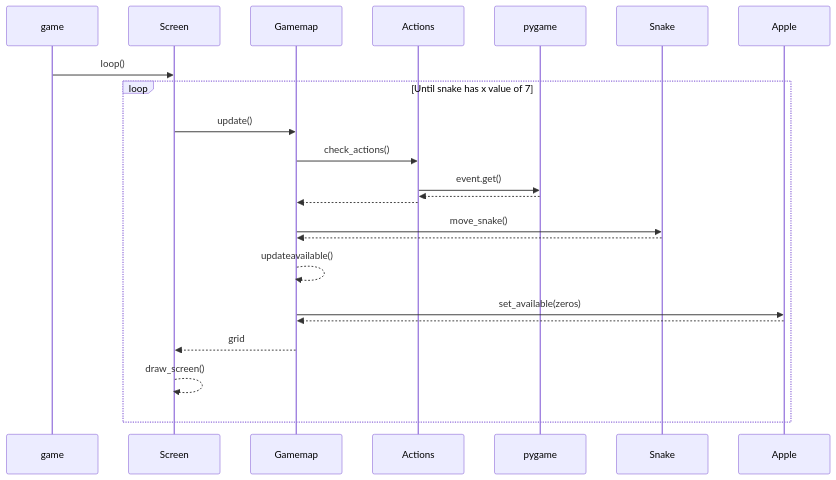
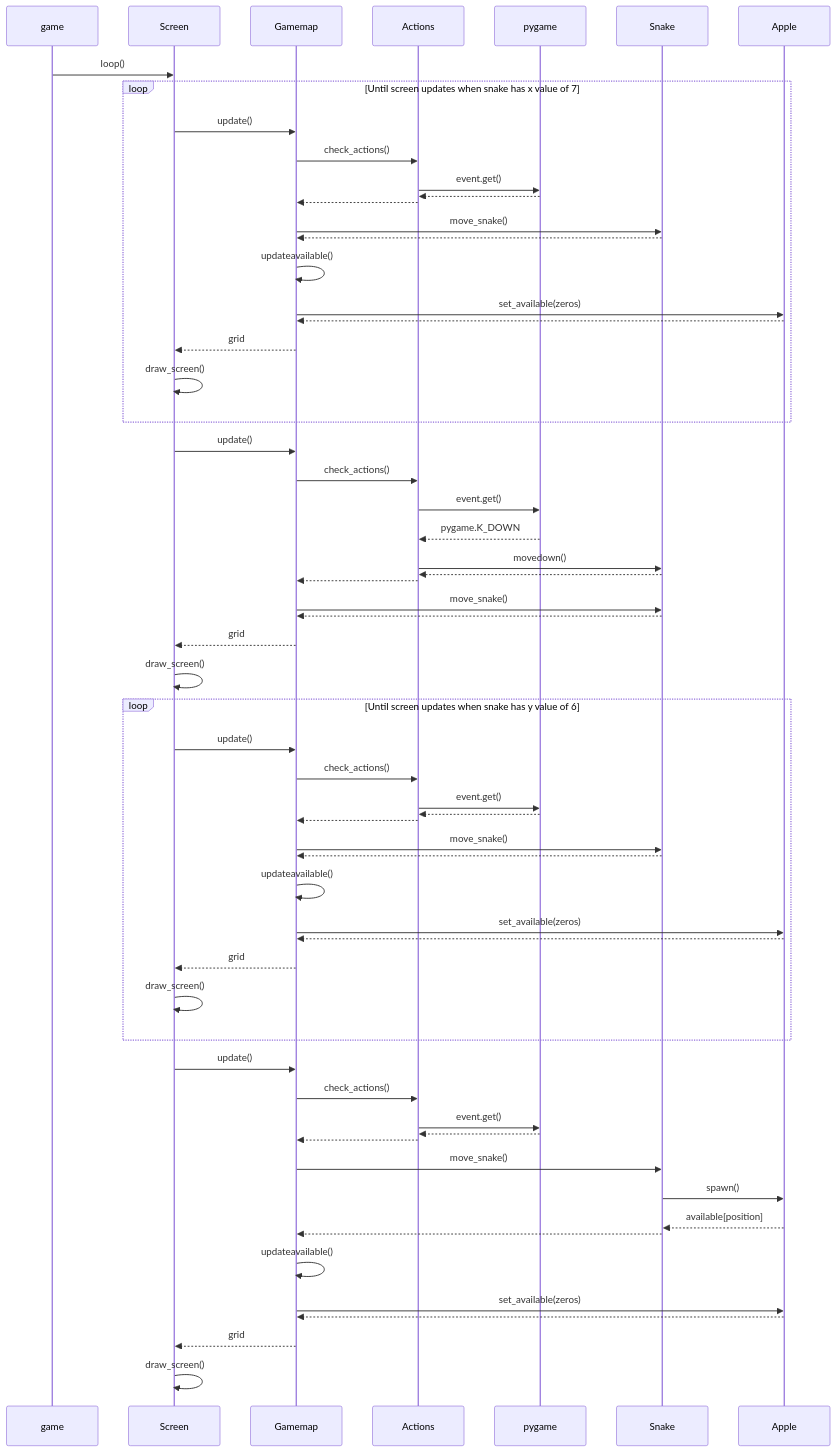
One commit to ThomasGrundstrom/ot-harjoitustyo changed the second of 2 diagrams in dokumentaatio/arkkitehtuuri.md. Above: the diagram before and after it, drawn with Mermaid.

Commit message:
sequence diagram added to arkkitehtuuri.md

````diff
--- a/dokumentaatio/arkkitehtuuri.md
+++ b/dokumentaatio/arkkitehtuuri.md
@@ -55,26 +55,65 @@
 ```mermaid
  sequenceDiagram
 	participant game
 	participant Screen
 	participant Gamemap
 	participant Actions
 	participant pygame
 	participant Snake
 	participant Apple
 	game->>Screen: loop()
-	loop Until snake has x value of 7
+	loop Until screen updates when snake has x value of 7
 	Screen->>Gamemap: update()
 	Gamemap->>Actions: check_actions()
 	Actions->>pygame: event.get()
 	pygame-->>Actions: 
 	Actions-->>Gamemap: 
 	Gamemap->>Snake: move_snake()
 	Snake-->>Gamemap: 
-	Gamemap-->>Gamemap: updateavailable()
+	Gamemap->>Gamemap: updateavailable()
 	Gamemap->>Apple: set_available(zeros)
 	Apple-->>Gamemap: 
 	Gamemap-->>Screen: grid
-	Screen-->>Screen: draw_screen()
+	Screen->>Screen: draw_screen()
 	end
+	Screen->>Gamemap: update()
+	Gamemap->>Actions: check_actions()
+	Actions->>pygame: event.get()
+	pygame-->>Actions: pygame.K_DOWN
+	Actions->>Snake: movedown()
+	Snake-->>Actions: 
+	Actions-->>Gamemap: 
+	Gamemap->>Snake: move_snake()
+	Snake-->>Gamemap: 
+	Gamemap-->>Screen: grid
+	Screen->>Screen: draw_screen()
+	loop Until screen updates when snake has y value of 6
+	Screen->>Gamemap: update()
+	Gamemap->>Actions: check_actions()
+	Actions->>pygame: event.get()
+	pygame-->>Actions: 
+	Actions-->>Gamemap: 
+	Gamemap->>Snake: move_snake()
+	Snake-->>Gamemap: 
+	Gamemap->>Gamemap: updateavailable()
+	Gamemap->>Apple: set_available(zeros)
+	Apple-->>Gamemap: 
+	Gamemap-->>Screen: grid
+	Screen->>Screen: draw_screen()
+	end
+	Screen->>Gamemap: update()
+	Gamemap->>Actions: check_actions()
+	Actions->>pygame: event.get()
+	pygame-->>Actions: 
+	Actions-->>Gamemap:
+	Gamemap->>Snake: move_snake()
+	Snake->>Apple: spawn()
+	Apple-->>Snake: available[position]
+	Snake-->>Gamemap: 
+	Gamemap->>Gamemap: updateavailable()
+	Gamemap->>Apple: set_available(zeros)
+	Apple-->>Gamemap: 
+	Gamemap-->>Screen: grid
+	Screen->>Screen: draw_screen()
 
 ```
````
